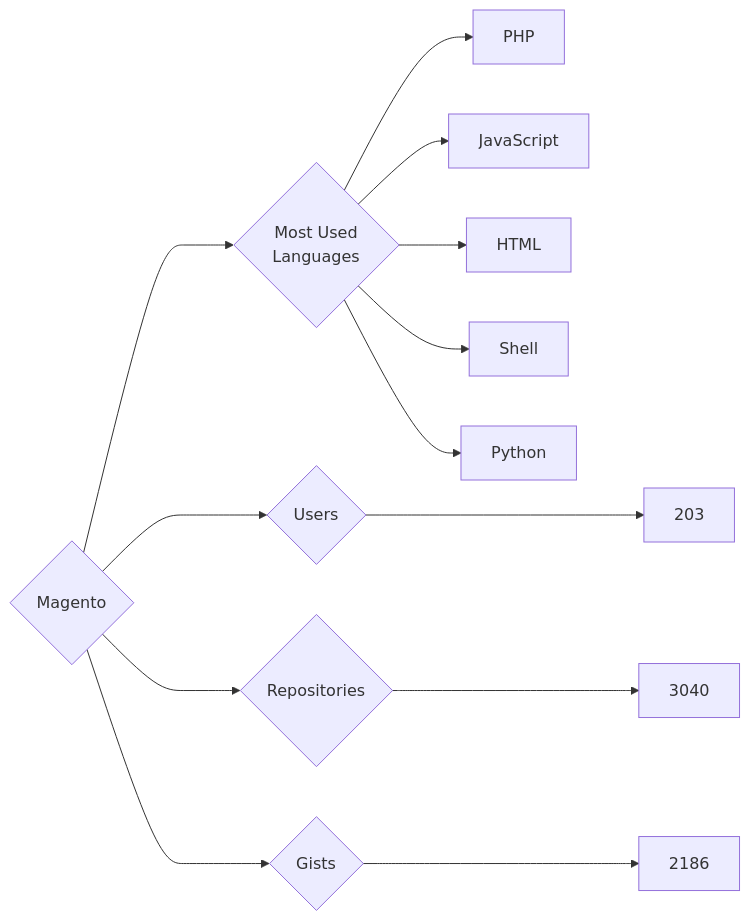
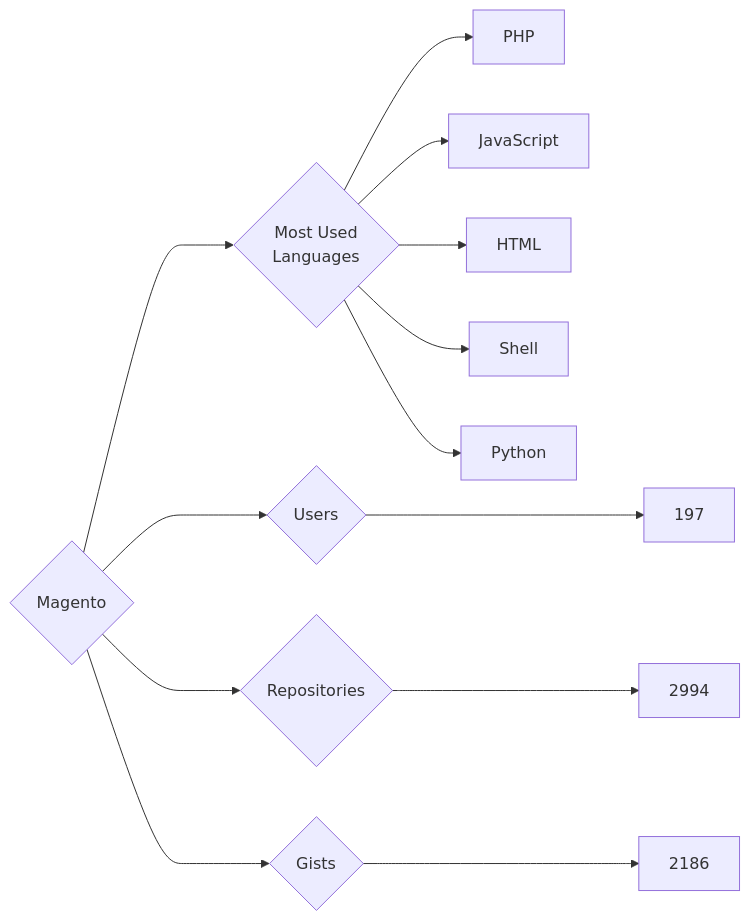
The diagram in targets/Magento/README.md (trickest/insiders), drawn with Mermaid before and after one commit. The commit also changed 1248 other files, not shown here.

````diff
--- a/targets/Magento/README.md
+++ b/targets/Magento/README.md
@@ -3,13 +3,13 @@
 ```mermaid
 graph LR
 COMPANY_NAME{Magento}
-COMPANY_NAME ---> U{Users} ---> UN[203]
-COMPANY_NAME ---> R{Repositories} ---> RN[3040]
+COMPANY_NAME ---> U{Users} ---> UN[197]
+COMPANY_NAME ---> R{Repositories} ---> RN[2994]
 COMPANY_NAME ---> G{Gists} ---> GN[2186]
 COMPANY_NAME ---> ML{Most Used<br>Languages}
 ML --> PHP[PHP]
 ML --> JavaScript[JavaScript]
 ML --> HTML[HTML]
 ML --> Shell[Shell]
 ML --> Python[Python]
 ```
````
